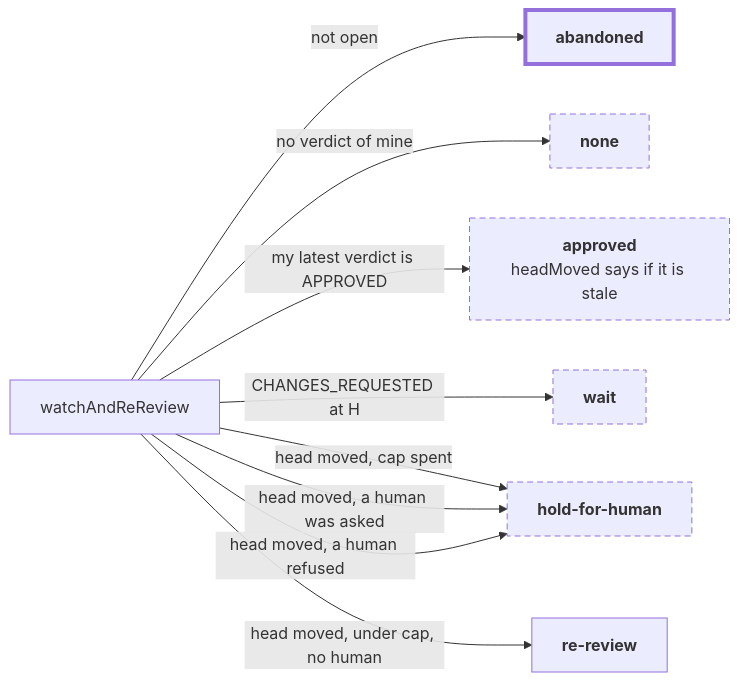
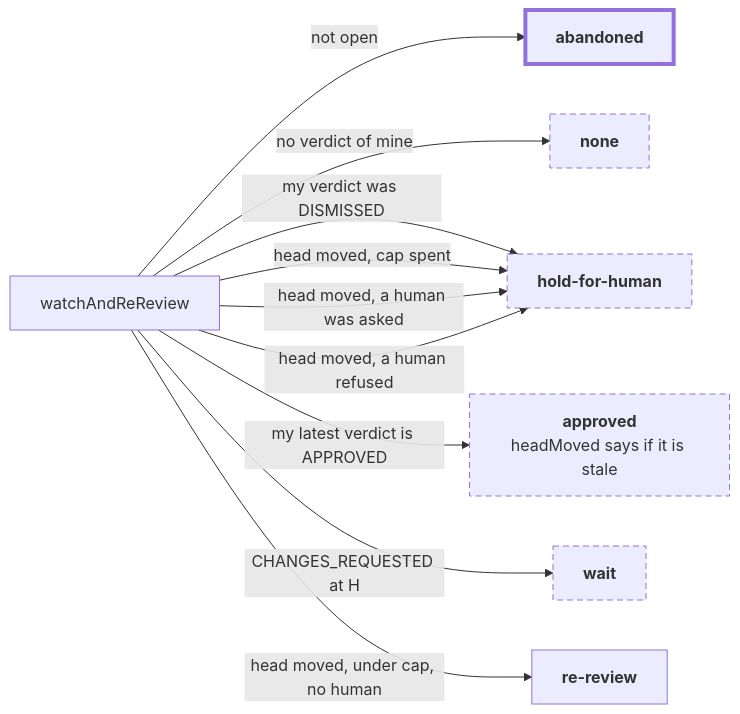
Before and after one commit to input-output-hk/agent-peer-review: the seventh of 11 diagrams in docs/how-it-works.md, drawn with Mermaid. The commit also changed other lines of this file and 10 other files, not shown here.

````diff
--- a/docs/how-it-works.md
+++ b/docs/how-it-works.md
@@ -349,17 +350,18 @@
 ```mermaid
 flowchart LR
   W0["watchAndReReview"]
   W0 -->|"not open"| W1["<b>abandoned</b>"]
   W0 -->|"no verdict of mine"| W2["<b>none</b>"]
+  W0 -->|"my verdict was DISMISSED"| W5["<b>hold-for-human</b>"]
   W0 -->|"my latest verdict is APPROVED"| W3["<b>approved</b><br/>headMoved says if it is stale"]
   W0 -->|"CHANGES_REQUESTED at H"| W4["<b>wait</b>"]
   W0 -->|"head moved, cap spent"| W5["<b>hold-for-human</b>"]
   W0 -->|"head moved, a human was asked"| W5
   W0 -->|"head moved, a human refused"| W5
   W0 -->|"head moved, under cap, no human"| W6["<b>re-review</b>"]
 
   class W1 terminal
   class W2,W3,W4,W5 pending
   classDef terminal stroke-width:4px
   classDef pending stroke-dasharray: 6 4
 ```
````
